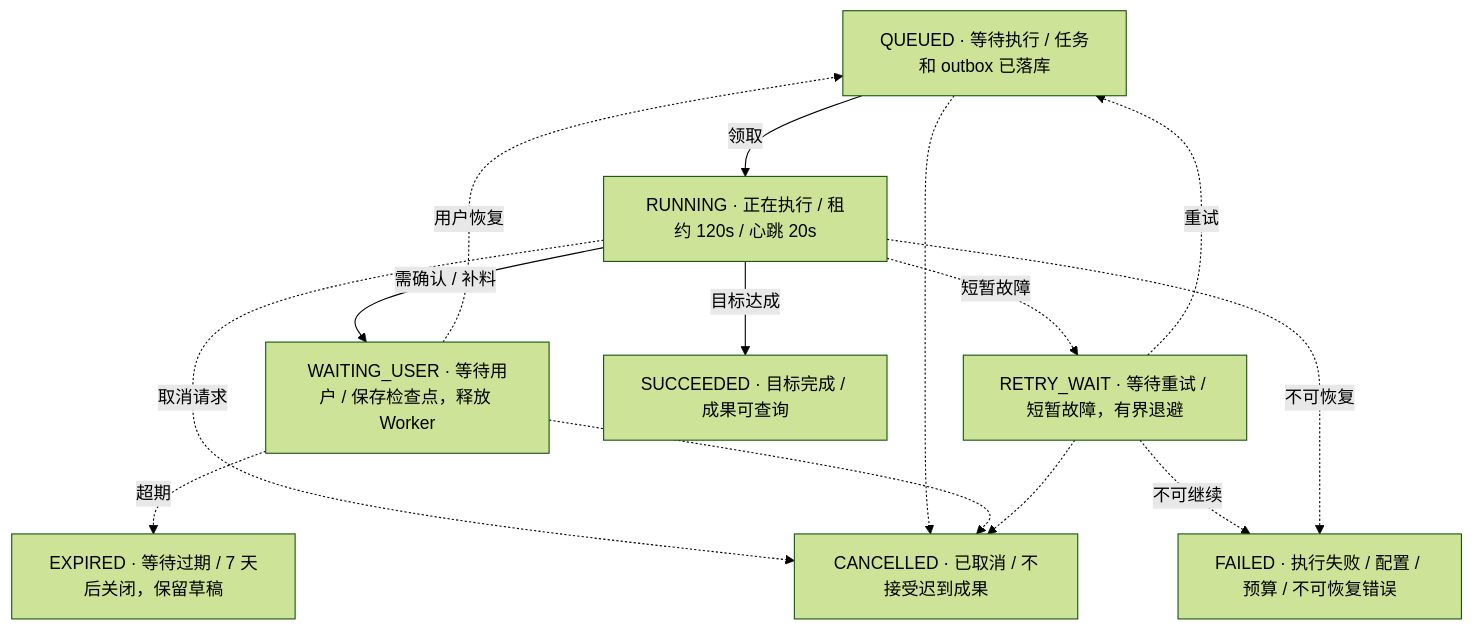
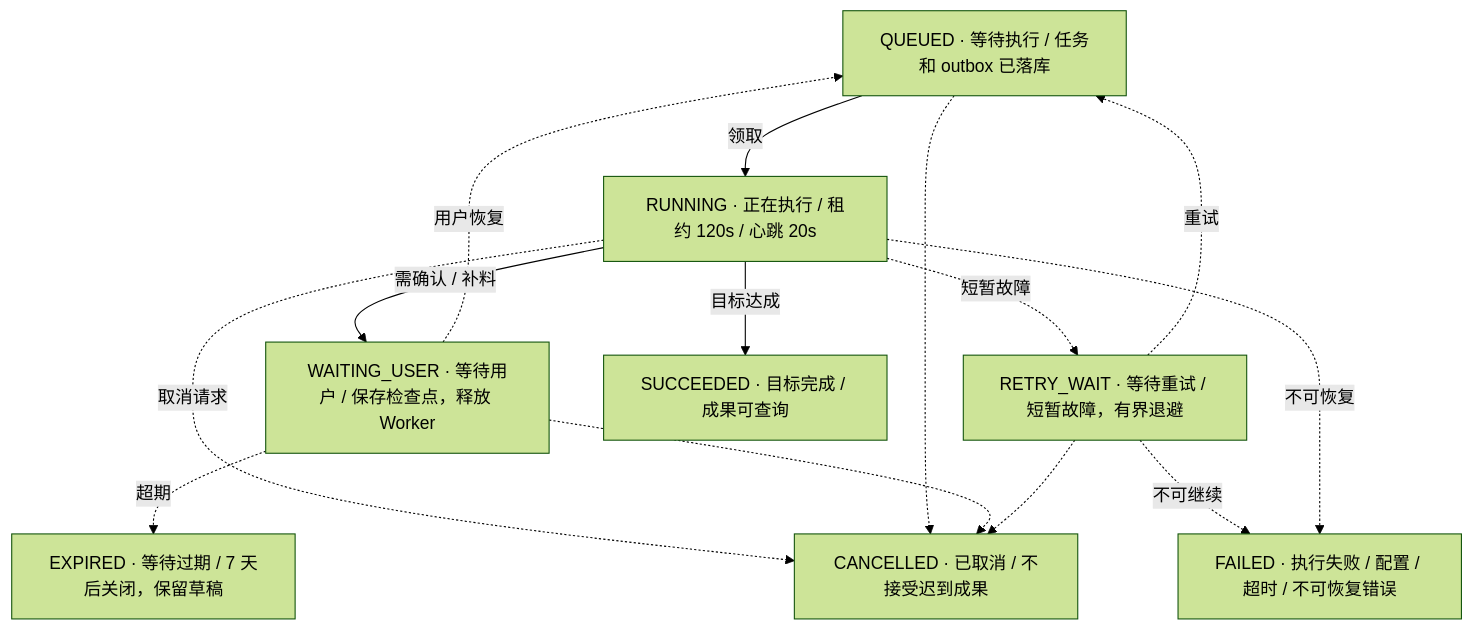
Before and after one commit to xinruilan612/RED: the diagram in docs/design/diagrams/lifecycle.mmd, drawn with Mermaid (forest theme). The commit also changed 27 other files, not shown here.

```diff
--- a/docs/design/diagrams/lifecycle.mmd
+++ b/docs/design/diagrams/lifecycle.mmd
@@ -1,22 +1,22 @@
 flowchart TD
     QUEUED["QUEUED · 等待执行 / 任务和 outbox 已落库"]
     RUNNING["RUNNING · 正在执行 / 租约 120s / 心跳 20s"]
     WAITING_USER["WAITING_USER · 等待用户 / 保存检查点，释放 Worker"]
     RETRY_WAIT["RETRY_WAIT · 等待重试 / 短暂故障，有界退避"]
     SUCCEEDED["SUCCEEDED · 目标完成 / 成果可查询"]
     EXPIRED["EXPIRED · 等待过期 / 7 天后关闭，保留草稿"]
     CANCELLED["CANCELLED · 已取消 / 不接受迟到成果"]
-    FAILED["FAILED · 执行失败 / 配置 / 预算 / 不可恢复错误"]
+    FAILED["FAILED · 执行失败 / 配置 / 超时 / 不可恢复错误"]
     QUEUED -->|"领取"| RUNNING
     RUNNING -->|"需确认 / 补料"| WAITING_USER
     WAITING_USER -.->|"用户恢复"| QUEUED
     RUNNING -.->|"短暂故障"| RETRY_WAIT
     RETRY_WAIT -.->|"重试"| QUEUED
     RUNNING -->|"目标达成"| SUCCEEDED
     RUNNING -.->|"取消请求"| CANCELLED
     WAITING_USER -.->|"超期"| EXPIRED
     RETRY_WAIT -.->|"不可继续"| FAILED
     RUNNING -.->|"不可恢复"| FAILED
     QUEUED -.-> CANCELLED
     WAITING_USER -.-> CANCELLED
     RETRY_WAIT -.-> CANCELLED
```
